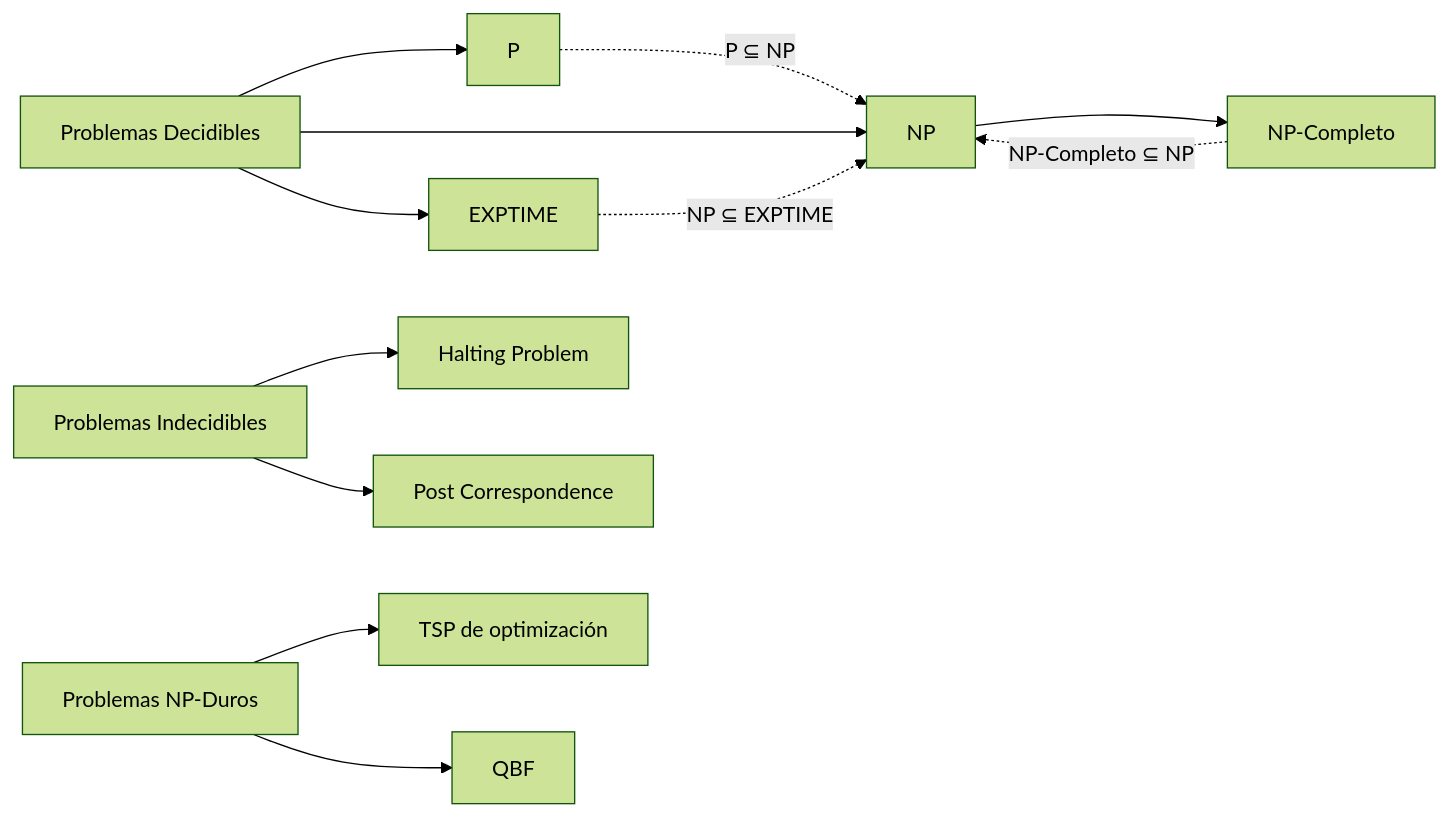
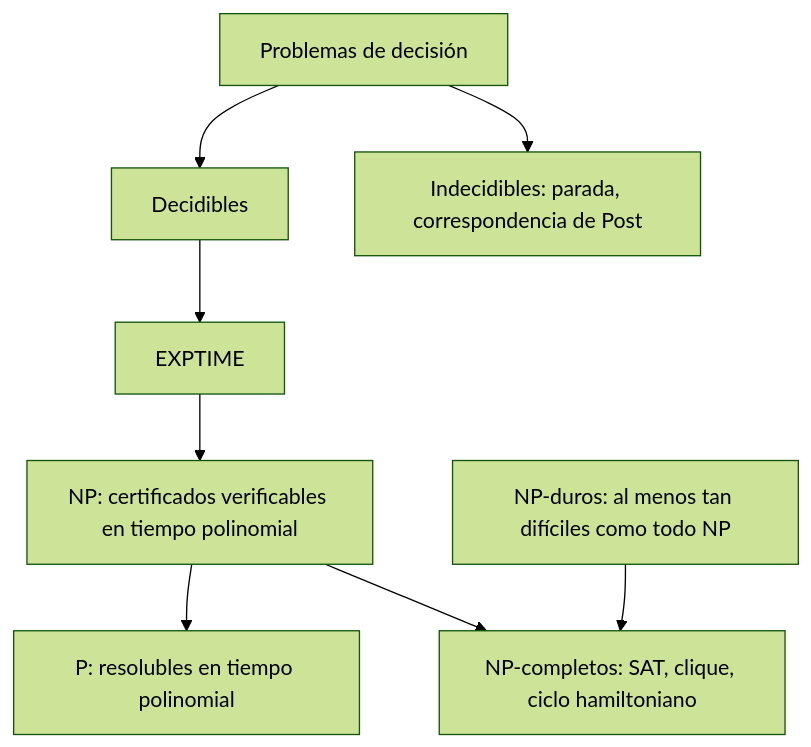
The diagram in public/documents/semester-5/1/5112.md (djaimej/computer-science-template), drawn with Mermaid (forest theme) before and after one commit. The commit also changed other lines of this file and 3 other files, not shown here.

````diff
--- a/public/documents/semester-5/1/5112.md
+++ b/public/documents/semester-5/1/5112.md
@@ -179,17 +56,10 @@
 ```mermaid
-graph LR
-    A[Problemas Decidibles] --> B[P]
-    A --> C[NP]
-    C --> D[NP-Completo]
-    A --> E[EXPTIME]
-
-    F[Problemas Indecidibles] --> G[Halting Problem]
-    F --> H[Post Correspondence]
-
-    I[Problemas NP-Duros] --> J[TSP de optimización]
-    I --> K[QBF]
-
-    B -.->|P ⊆ NP| C
-    D -.->|NP-Completo ⊆ NP| C
-    E -.->|NP ⊆ EXPTIME| C
+flowchart TD
+    A["Problemas de decisión"] --> B["Decidibles"]
+    A --> C["Indecidibles: parada, correspondencia de Post"]
+    B --> D["EXPTIME"]
+    D --> E["NP: certificados verificables en tiempo polinomial"]
+    E --> F["P: resolubles en tiempo polinomial"]
+    E --> G["NP-completos: SAT, clique, ciclo hamiltoniano"]
+    H["NP-duros: al menos tan difíciles como todo NP"] --> G
 ```
````
